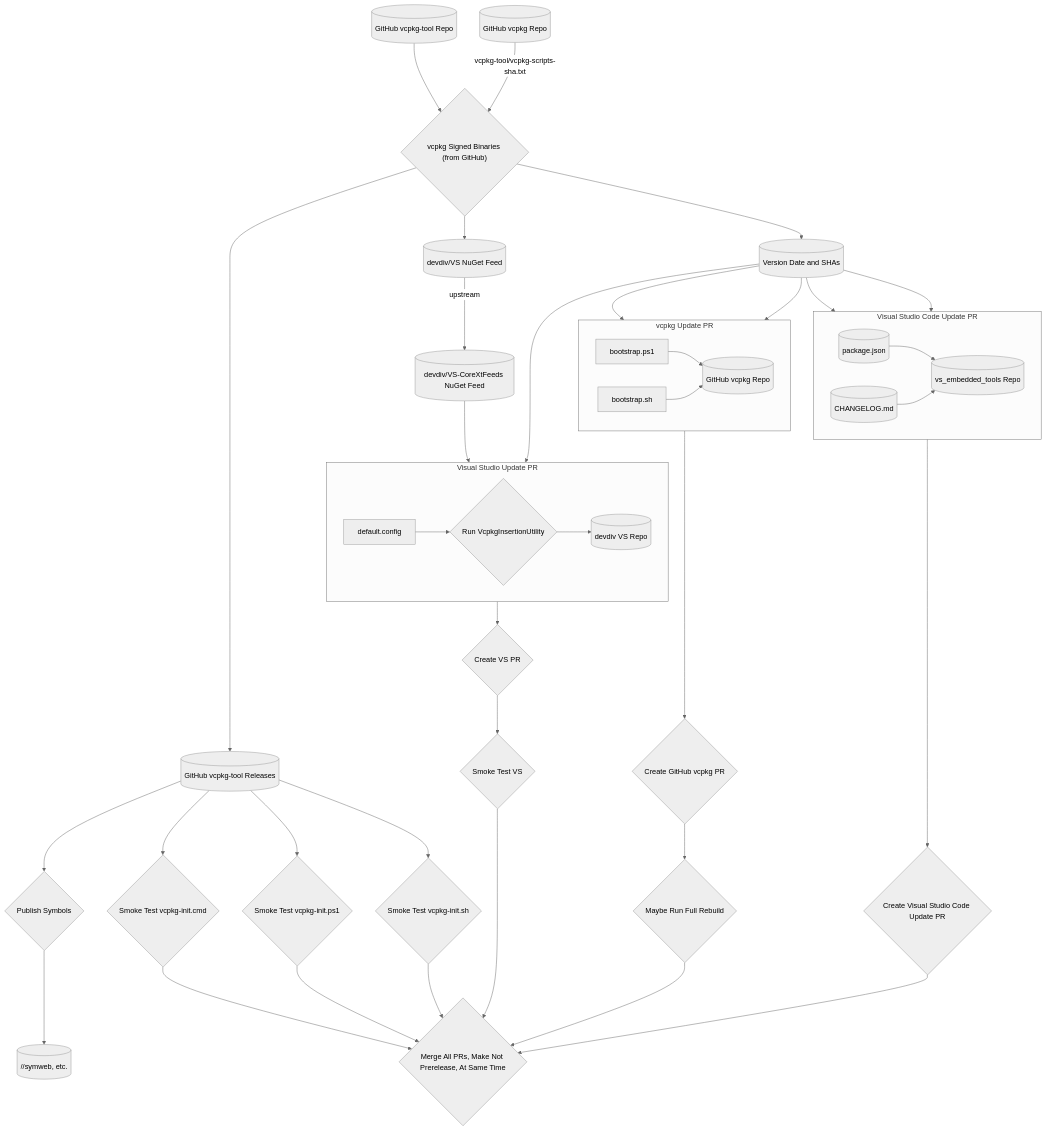
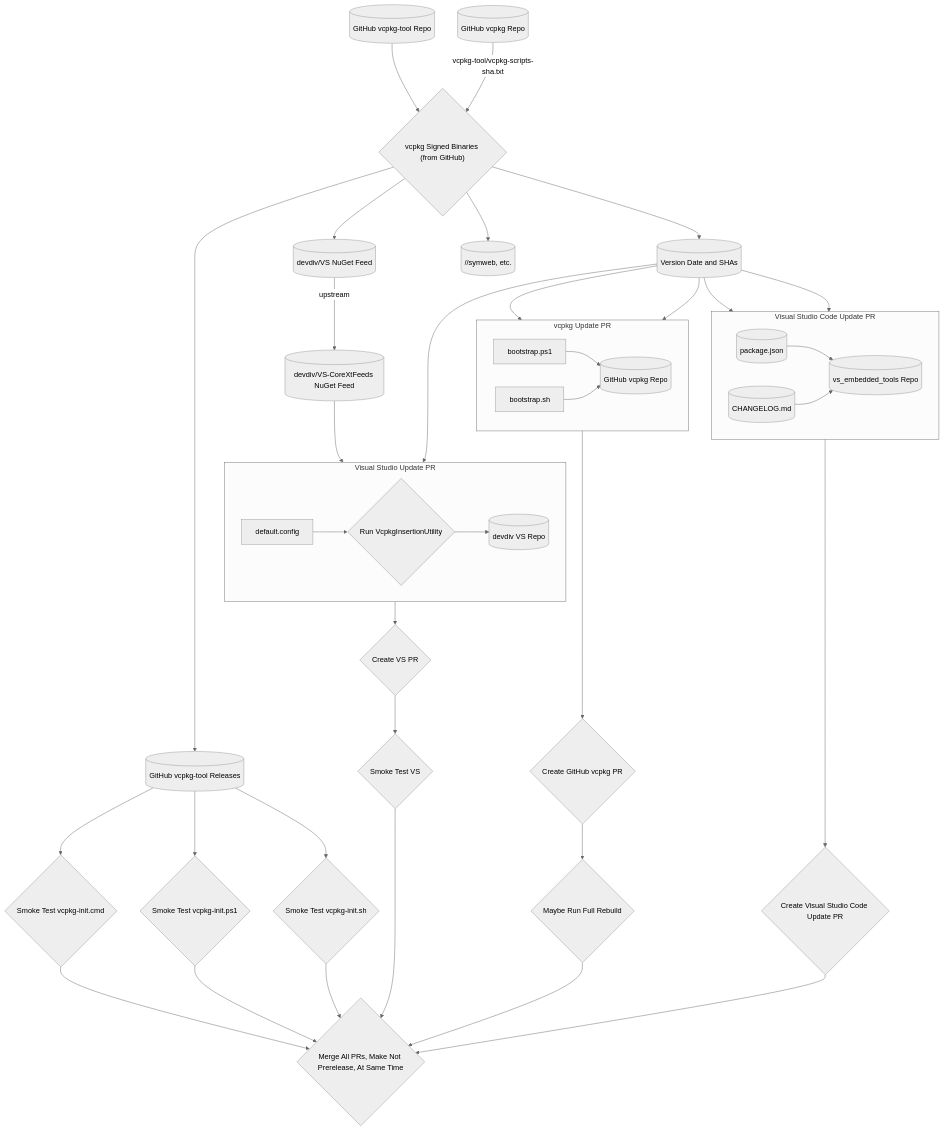
One commit to microsoft/vcpkg-tool changed the diagram in docs/vcpkg_tool_release_process.md. Above: the diagram before and after it, drawn with Mermaid (neutral theme). The commit also changed other lines of this file and 1 other file, not shown here.

First line of the commit message:
Publish symbols automatically. (#1072)

```diff
--- a/docs/vcpkg_tool_release_process.md
+++ b/docs/vcpkg_tool_release_process.md
@@ -96,7 +86,6 @@
         vs_embedded_tools_repo[(vs_embedded_tools Repo)]
     end
     create_vs_code_update_pr{Create Visual Studio Code Update PR}
-    publish_symbols{Publish Symbols}
     symweb[(//symweb, etc.)]
     
     %% Build the Release
@@ -104,8 +93,7 @@
     vcpkg_repo -- vcpkg-tool/vcpkg-scripts-sha.txt --> vcpkg_signed_binaries
     vcpkg_signed_binaries --> vcpkg_tool_releases
     vcpkg_signed_binaries --> release_version
-    vcpkg_tool_releases --> publish_symbols
-    publish_symbols --> symweb
+    vcpkg_signed_binaries --> symweb
     
     %% vcpkg Update
     release_version --> bootstrap_ps1
```
